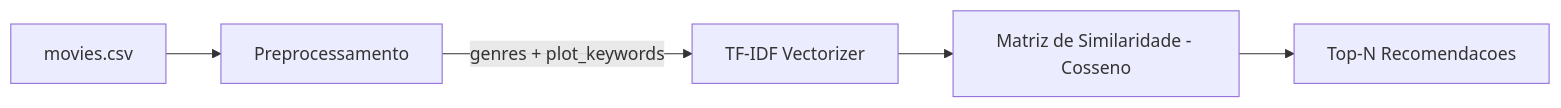
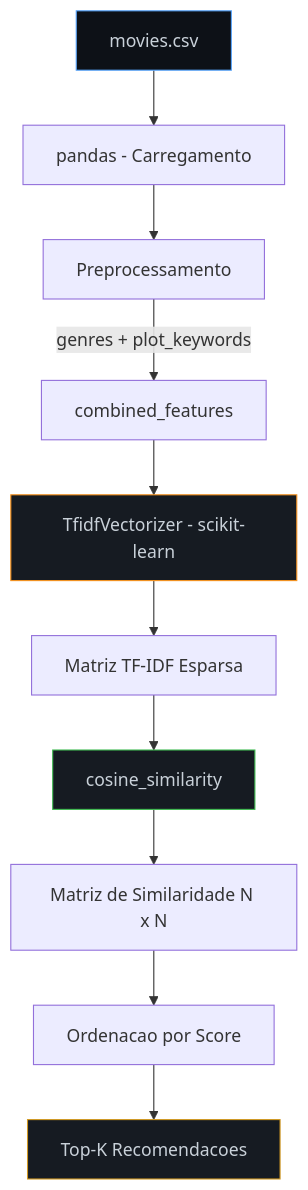
Before and after one commit to galafis/Recommendation-System-ML: the first of 4 diagrams in README.md, drawn with Mermaid. The commit also changed other lines of this file and 2 other files, not shown here.

````diff
--- a/README.md
+++ b/README.md
@@ -24,7 +38,17 @@
 ```mermaid
-graph LR
-    A[movies.csv] --> B[Preprocessamento]
-    B -->|genres + plot_keywords| C[TF-IDF Vectorizer]
-    C --> D[Matriz de Similaridade - Cosseno]
-    D --> E[Top-N Recomendacoes]
+graph TD
+    A[movies.csv] --> B[pandas - Carregamento]
+    B --> C[Preprocessamento]
+    C -->|genres + plot_keywords| D[combined_features]
+    D --> E[TfidfVectorizer - scikit-learn]
+    E --> F[Matriz TF-IDF Esparsa]
+    F --> G[cosine_similarity]
+    G --> H[Matriz de Similaridade N x N]
+    H --> I[Ordenacao por Score]
+    I --> J[Top-K Recomendacoes]
+
+    style A fill:#0d1117,color:#c9d1d9,stroke:#58a6ff
+    style E fill:#161b22,color:#c9d1d9,stroke:#F7931E
+    style G fill:#161b22,color:#c9d1d9,stroke:#3fb950
+    style J fill:#161b22,color:#c9d1d9,stroke:#d29922
 ```
````
